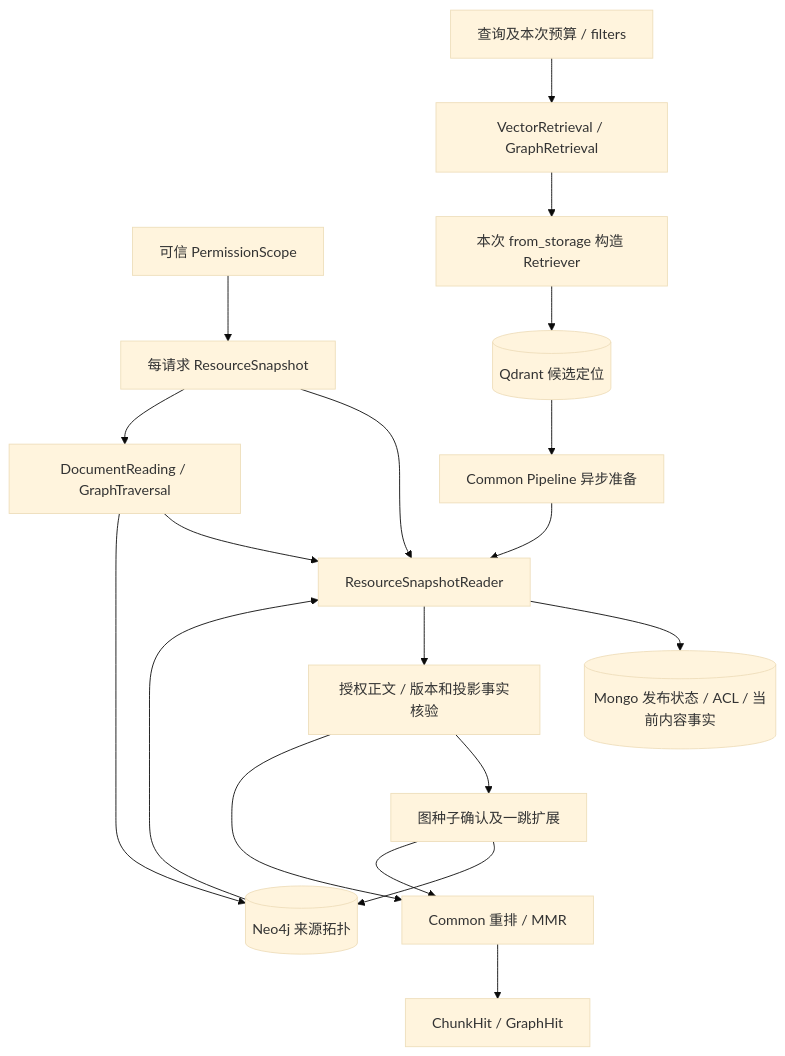
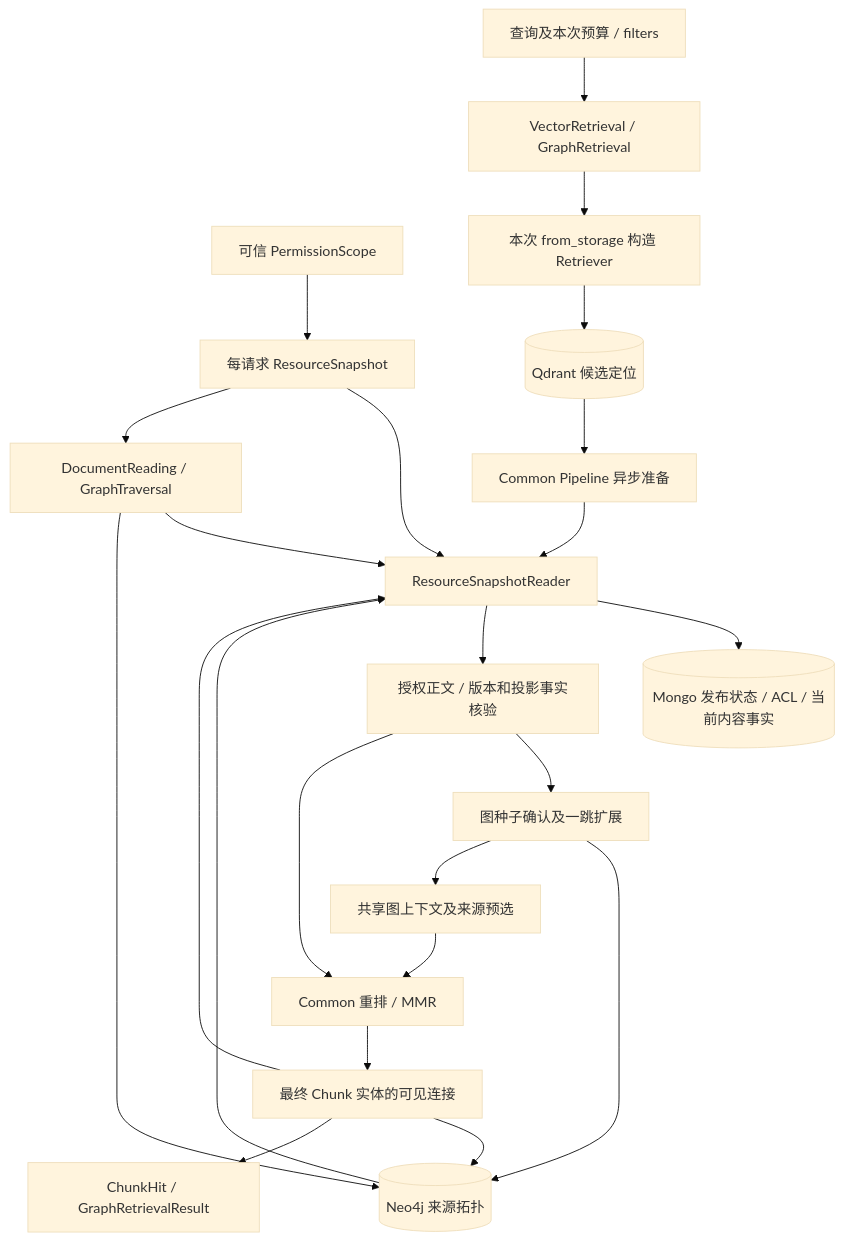
Before and after one commit to Oriole-FDU/WisePenCloud-AI: the third of 4 diagrams in services/wisepen-rag-service/docs/architecture.md, drawn with Mermaid (base theme). The commit also changed 57 other files, not shown here.

Commit message:
refactor(rag/graph): 重构rag图谱检索行为；优化图谱元素暴露逻辑

````diff
--- a/services/wisepen-rag-service/docs/architecture.md
+++ b/services/wisepen-rag-service/docs/architecture.md
@@ -65,21 +65,25 @@
 ```mermaid
 flowchart TD
     Scope[可信 PermissionScope] --> Snapshot[每请求 ResourceSnapshot]
     Query[查询及本次预算 / filters] --> Usecase[VectorRetrieval / GraphRetrieval]
     Usecase --> Retriever[本次 from_storage 构造 Retriever]
     Retriever --> Q[(Qdrant 候选定位)]
     Q --> Prepare[Common Pipeline 异步准备]
     Snapshot --> Reader[ResourceSnapshotReader]
     Prepare --> Reader
     Reader --> Mongo[(Mongo 发布状态 / ACL / 当前内容事实)]
     Reader --> Verify[授权正文 / 版本和投影事实核验]
     Verify --> Graph[图种子确认及一跳扩展]
     Graph --> N[(Neo4j 来源拓扑)]
     N --> Reader
     Verify --> Rank[Common 重排 / MMR]
-    Graph --> Rank
-    Rank --> Result[ChunkHit / GraphHit]
+    Graph --> Sources[共享图上下文及来源预选]
+    Sources --> Rank
+    Rank --> Connections[最终 Chunk 实体的可见连接]
+    Connections --> Reader
+    Connections --> N
+    Connections --> Result[ChunkHit / GraphRetrievalResult]
     Snapshot --> Reading[DocumentReading / GraphTraversal]
     Reading --> Reader
     Reading --> N
 ```
````
